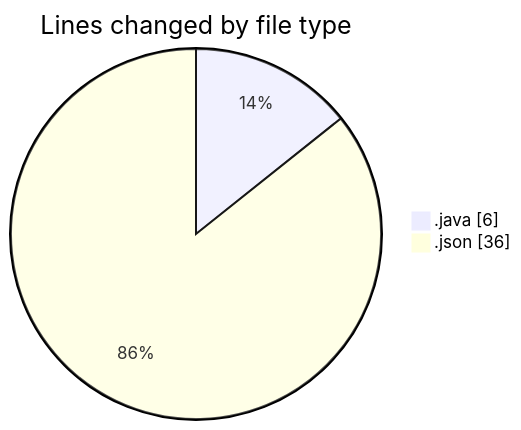
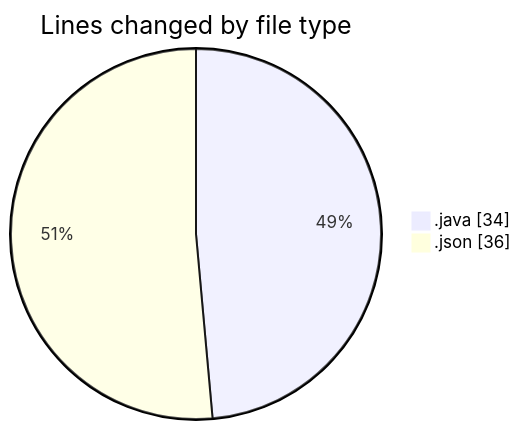
Before and after one commit to hasnaa123/code-tracking: the first of 2 diagrams in 2026-03-06/java_basics/README.md, drawn with Mermaid. The commit also changed other lines of this file and 1 other file, not shown here.

````diff
--- a/2026-03-06/java_basics/README.md
+++ b/2026-03-06/java_basics/README.md
@@ -21,6 +22,6 @@
 ```mermaid
 pie showData
 title Lines changed by file type
-".java" : 6
+".java" : 34
 ".json" : 36
 ```
````
